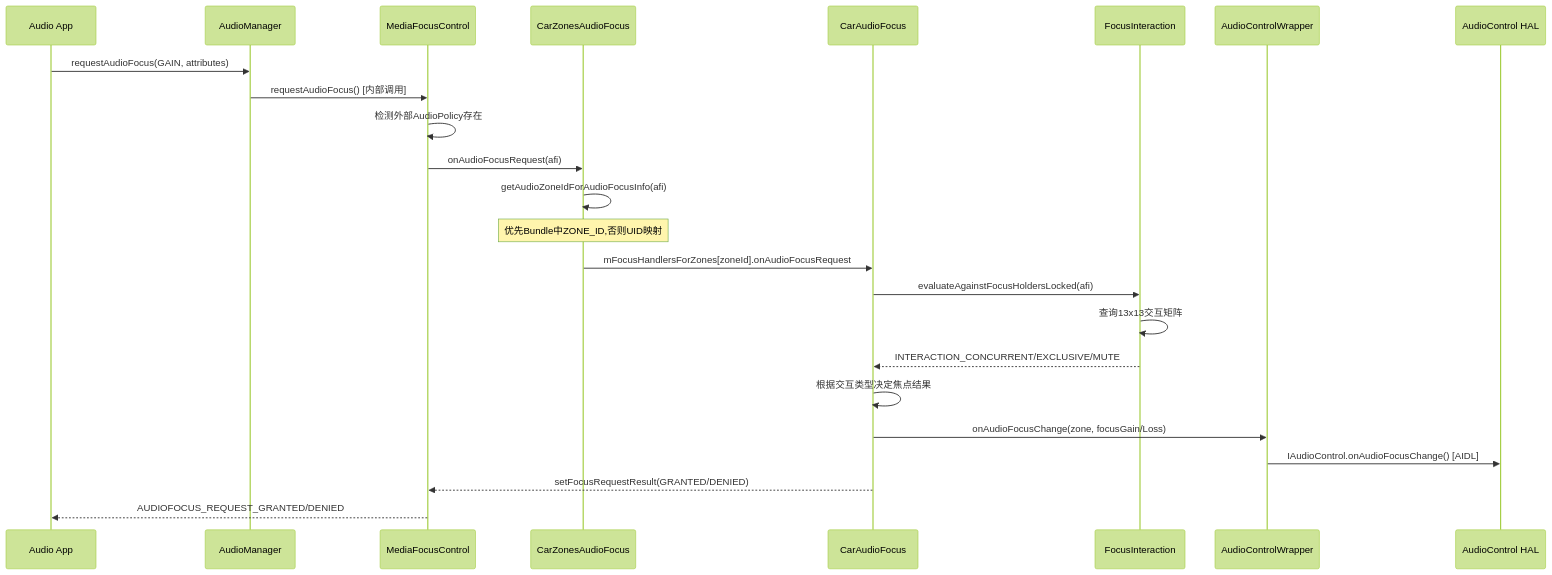
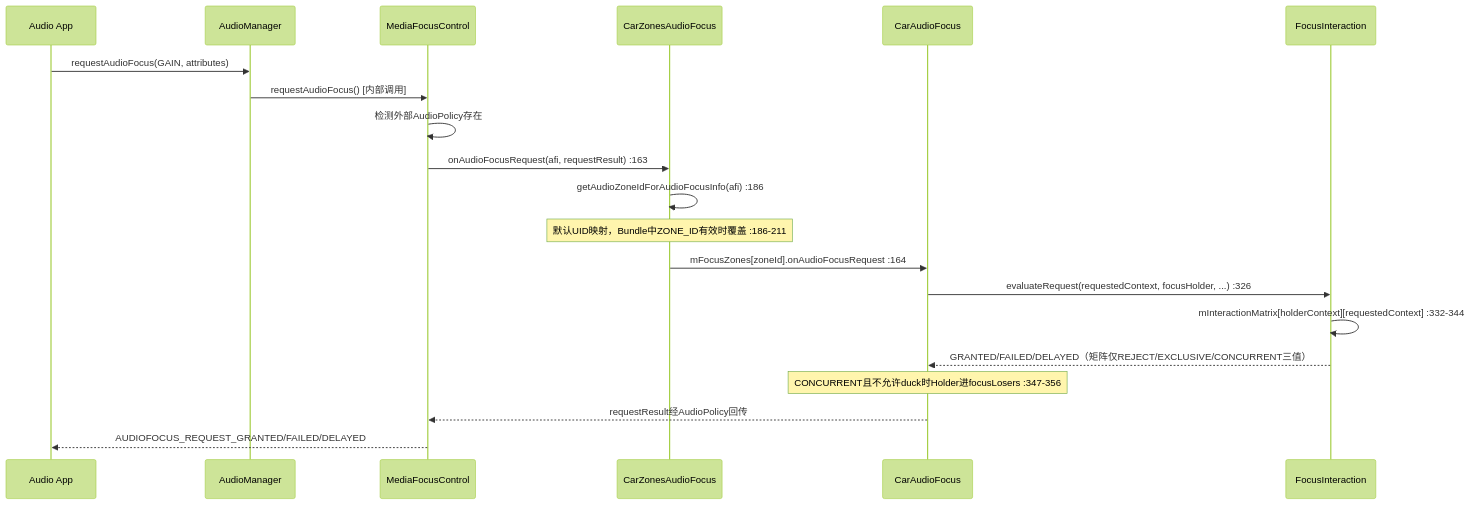
The second of 8 diagrams in 09_AAOS_Car_Audio/09_9.8_AAOS多Zone全栈调用链.md (yanglinzhen1022/SA8295_AAOS_QNX_Audio_KnowledgeBase), drawn with Mermaid (forest theme) before and after one commit. The commit also changed other lines of this file and 16 other files, not shown here.

````diff
--- a/09_AAOS_Car_Audio/09_9.8_AAOS多Zone全栈调用链.md
+++ b/09_AAOS_Car_Audio/09_9.8_AAOS多Zone全栈调用链.md
@@ -106,26 +102,22 @@
 ```mermaid
 sequenceDiagram
     participant App as Audio App
     participant AM as AudioManager
     participant MFC as MediaFocusControl
     participant CZAF as CarZonesAudioFocus
     participant CAF as CarAudioFocus
     participant FI as FocusInteraction
-    participant ACW as AudioControlWrapper
-    participant HAL as AudioControl HAL
     App->>AM: requestAudioFocus(GAIN, attributes)
     AM->>MFC: requestAudioFocus() [内部调用]
     MFC->>MFC: 检测外部AudioPolicy存在
-    MFC->>CZAF: onAudioFocusRequest(afi)
-    CZAF->>CZAF: getAudioZoneIdForAudioFocusInfo(afi)
-    Note over CZAF: 优先Bundle中ZONE_ID,否则UID映射
-    CZAF->>CAF: mFocusHandlersForZones[zoneId].onAudioFocusRequest
-    CAF->>FI: evaluateAgainstFocusHoldersLocked(afi)
-    FI->>FI: 查询13x13交互矩阵
-    FI-->>CAF: INTERACTION_CONCURRENT/EXCLUSIVE/MUTE
-    CAF->>CAF: 根据交互类型决定焦点结果
-    CAF->>ACW: onAudioFocusChange(zone, focusGain/Loss)
-    ACW->>HAL: IAudioControl.onAudioFocusChange() [AIDL]
-    CAF-->>MFC: setFocusRequestResult(GRANTED/DENIED)
-    MFC-->>App: AUDIOFOCUS_REQUEST_GRANTED/DENIED
+    MFC->>CZAF: onAudioFocusRequest(afi, requestResult) :163
+    CZAF->>CZAF: getAudioZoneIdForAudioFocusInfo(afi) :186
+    Note over CZAF: 默认UID映射，Bundle中ZONE_ID有效时覆盖 :186-211
+    CZAF->>CAF: mFocusZones[zoneId].onAudioFocusRequest :164
+    CAF->>FI: evaluateRequest(requestedContext, focusHolder, ...) :326
+    FI->>FI: mInteractionMatrix[holderContext][requestedContext] :332-344
+    FI-->>CAF: GRANTED/FAILED/DELAYED（矩阵仅REJECT/EXCLUSIVE/CONCURRENT三值）
+    Note over CAF: CONCURRENT且不允许duck时Holder进focusLosers :347-356
+    CAF-->>MFC: requestResult经AudioPolicy回传
+    MFC-->>App: AUDIOFOCUS_REQUEST_GRANTED/FAILED/DELAYED
 ```
````
